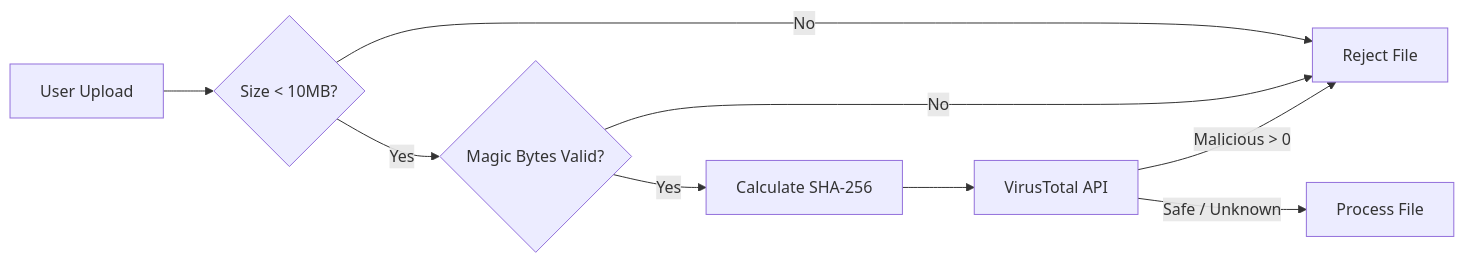
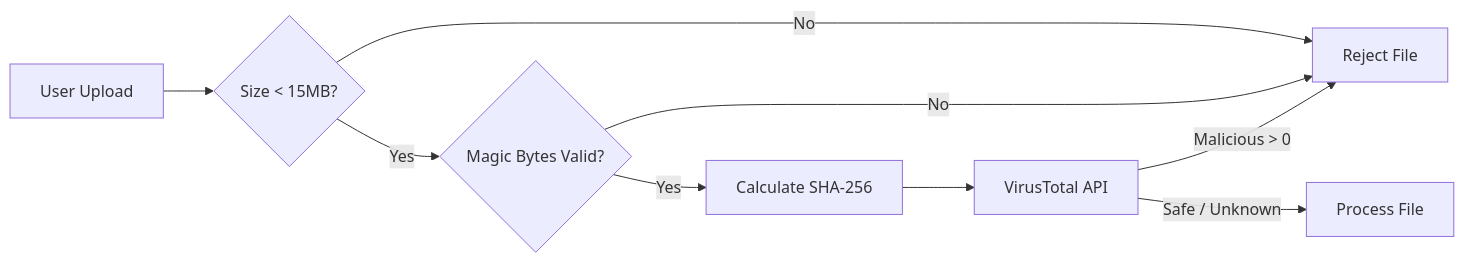
One commit to IbDX/QuizGen changed the diagram in technical_readme/03_security_validation.md. Above: the diagram before and after it, drawn with Mermaid. The commit also changed other lines of this file and 2 other files, not shown here.

````diff
--- a/technical_readme/03_security_validation.md
+++ b/technical_readme/03_security_validation.md
@@ -8,11 +8,11 @@
 ```mermaid
 flowchart LR
-    User[User Upload] --> SizeCheck{Size < 10MB?}
+    User[User Upload] --> SizeCheck{Size < 15MB?}
     SizeCheck -- No --> Reject[Reject File]
     SizeCheck -- Yes --> MagicByte{Magic Bytes Valid?}
     MagicByte -- No --> Reject
     MagicByte -- Yes --> HashCalc[Calculate SHA-256]
     HashCalc --> VT[VirusTotal API]
     VT -- "Malicious > 0" --> Reject
     VT -- "Safe / Unknown" --> Accept[Process File]
 ```
````
